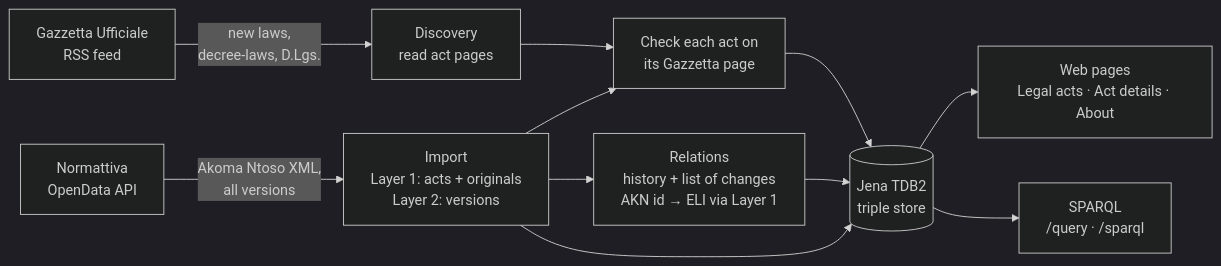
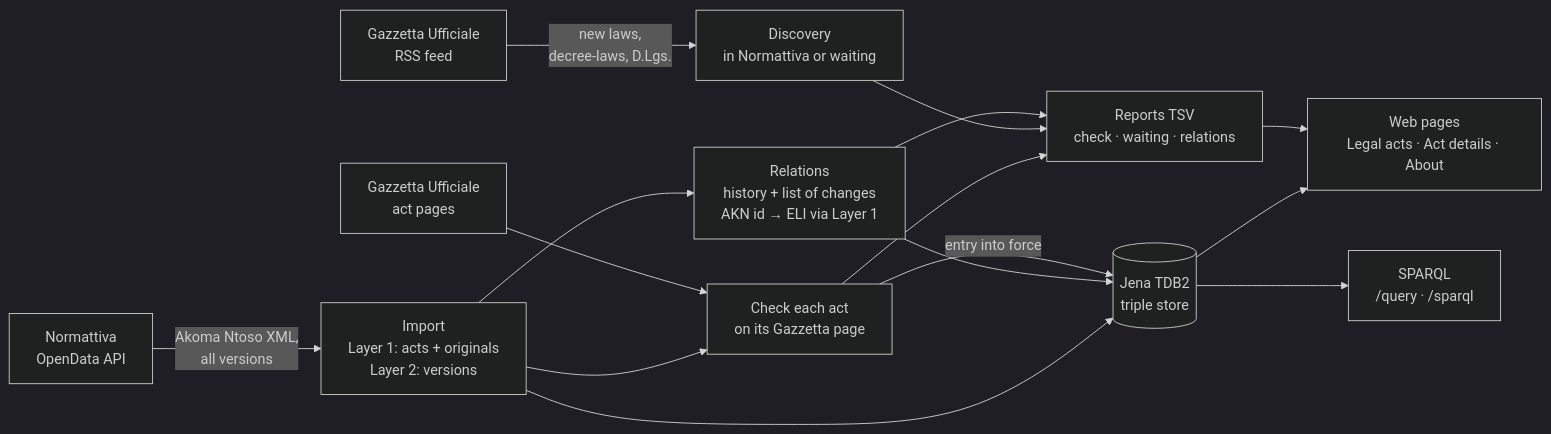
One commit to arvind088/Crawlar-gazzettaufficial changed the diagram in README.md. Above: the diagram before and after it, drawn with Mermaid (dark theme). The commit also changed other lines of this file and 1 other file, not shown here.

Commit message:
README rewritten; repository renamed to italian-legislative-knowledge-graph

````diff
--- a/README.md
+++ b/README.md
@@ -22,13 +45,17 @@
 ```mermaid
 flowchart LR
-    RSS[Gazzetta Ufficiale<br/>RSS feed] -->|new laws,<br/>decree-laws, D.Lgs.| D[Discovery<br/>read act pages]
     N[Normattiva<br/>OpenData API] -->|Akoma Ntoso XML,<br/>all versions| I[Import<br/>Layer 1: acts + originals<br/>Layer 2: versions]
-    I --> G[Check each act on<br/>its Gazzetta page]
-    D --> G
     I --> R[Relations<br/>history + list of changes<br/>AKN id → ELI via Layer 1]
-    G --> S[(Jena TDB2<br/>triple store)]
+    I --> C[Check each act<br/>on its Gazzetta page]
+    GP[Gazzetta Ufficiale<br/>act pages] --> C
+    RSS[Gazzetta Ufficiale<br/>RSS feed] -->|new laws,<br/>decree-laws, D.Lgs.| D[Discovery<br/>in Normattiva or waiting]
+    I --> S[(Jena TDB2<br/>triple store)]
     R --> S
-    I --> S
+    C -->|entry into force| S
+    C --> T[Reports TSV<br/>check · waiting · relations]
+    D --> T
+    R --> T
     S --> W[Web pages<br/>Legal acts · Act details · About]
+    T --> W
     S --> Q[SPARQL<br/>/query · /sparql]
 ```
````
